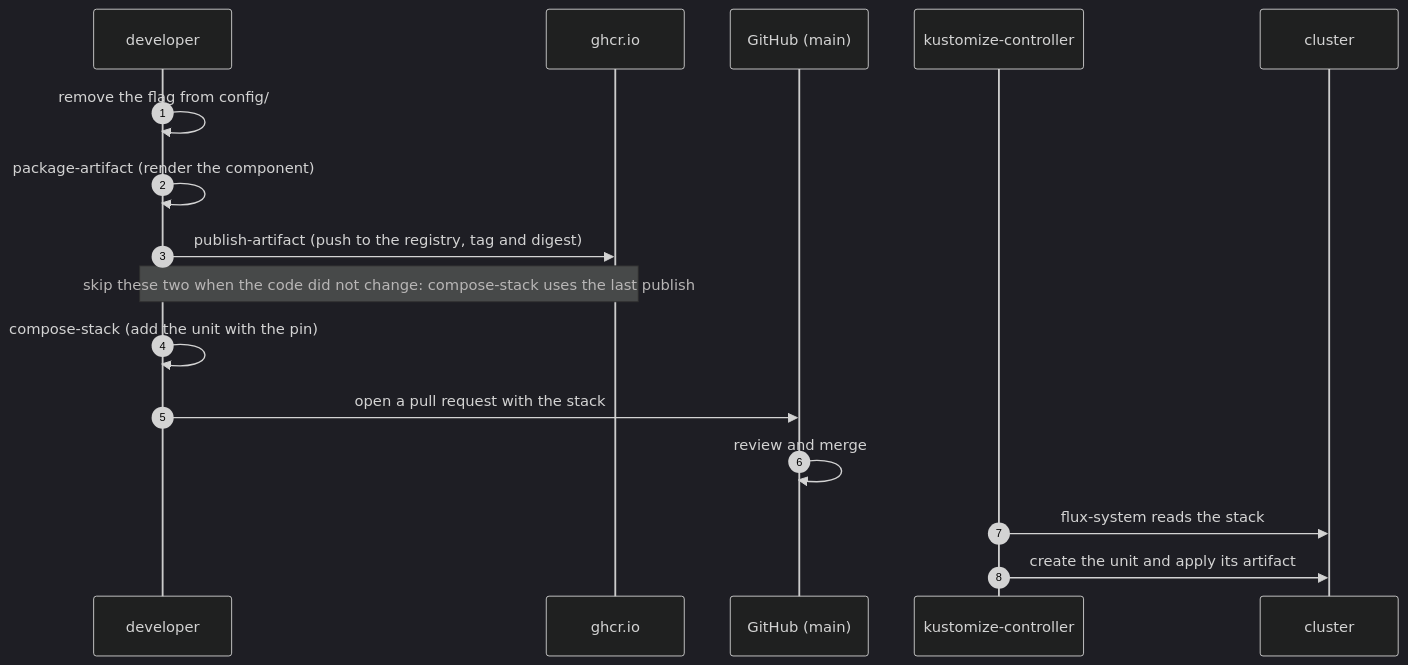
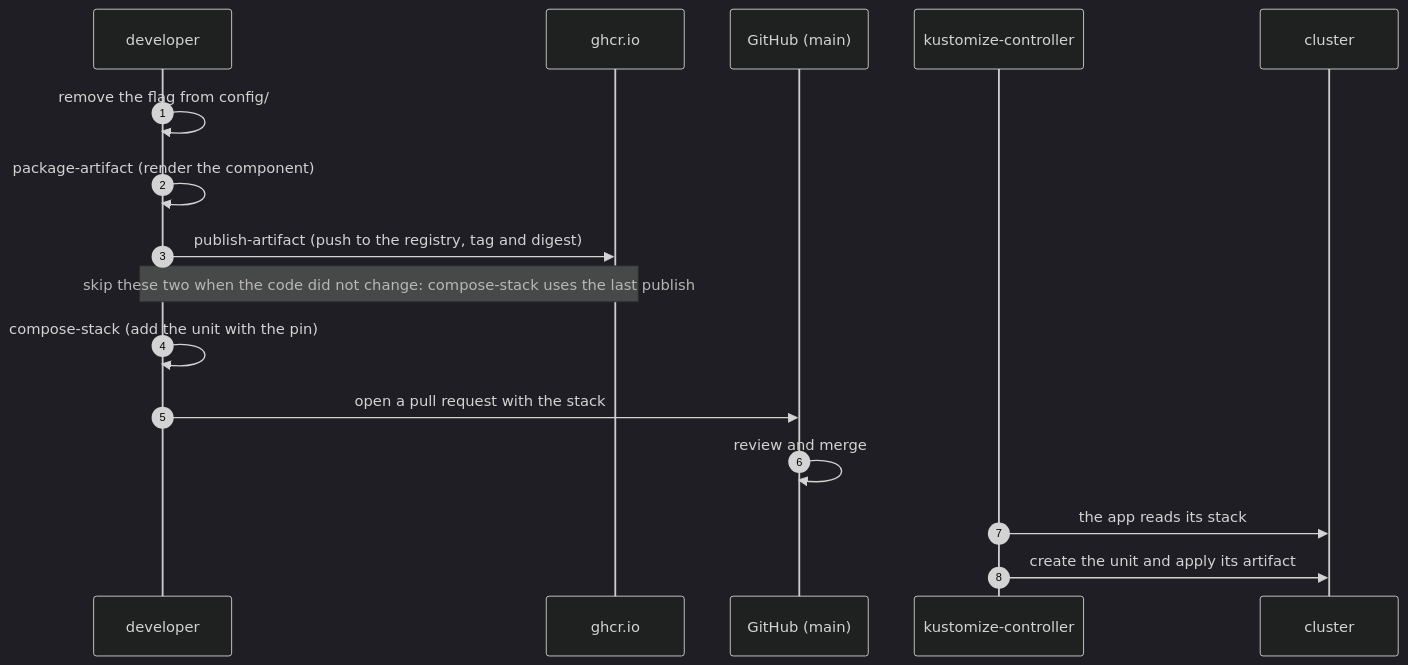
One commit to raghav19/engineersdaybook changed the fourth of 4 diagrams in code/mcp-sandbox/part-3-mcp-guardrails/docs/orchestration.md. Above: the diagram before and after it, drawn with Mermaid (dark theme). The commit also changed other lines of this file and 20 other files, not shown here.

````diff
--- a/code/mcp-sandbox/part-3-mcp-guardrails/docs/orchestration.md
+++ b/code/mcp-sandbox/part-3-mcp-guardrails/docs/orchestration.md
@@ -114,19 +120,19 @@
 ```mermaid
 sequenceDiagram
     autonumber
     participant D as developer
     participant R as ghcr.io
     participant G as GitHub (main)
     participant C as kustomize-controller
     participant K as cluster
 
     D->>D: remove the flag from config/
     D->>D: package-artifact (render the component)
     D->>R: publish-artifact (push to the registry, tag and digest)
     Note over D,R: skip these two when the code did not change: compose-stack uses the last publish
     D->>D: compose-stack (add the unit with the pin)
     D->>G: open a pull request with the stack
     G->>G: review and merge
-    C->>K: flux-system reads the stack
+    C->>K: the app reads its stack
     C->>K: create the unit and apply its artifact
 ```
````
